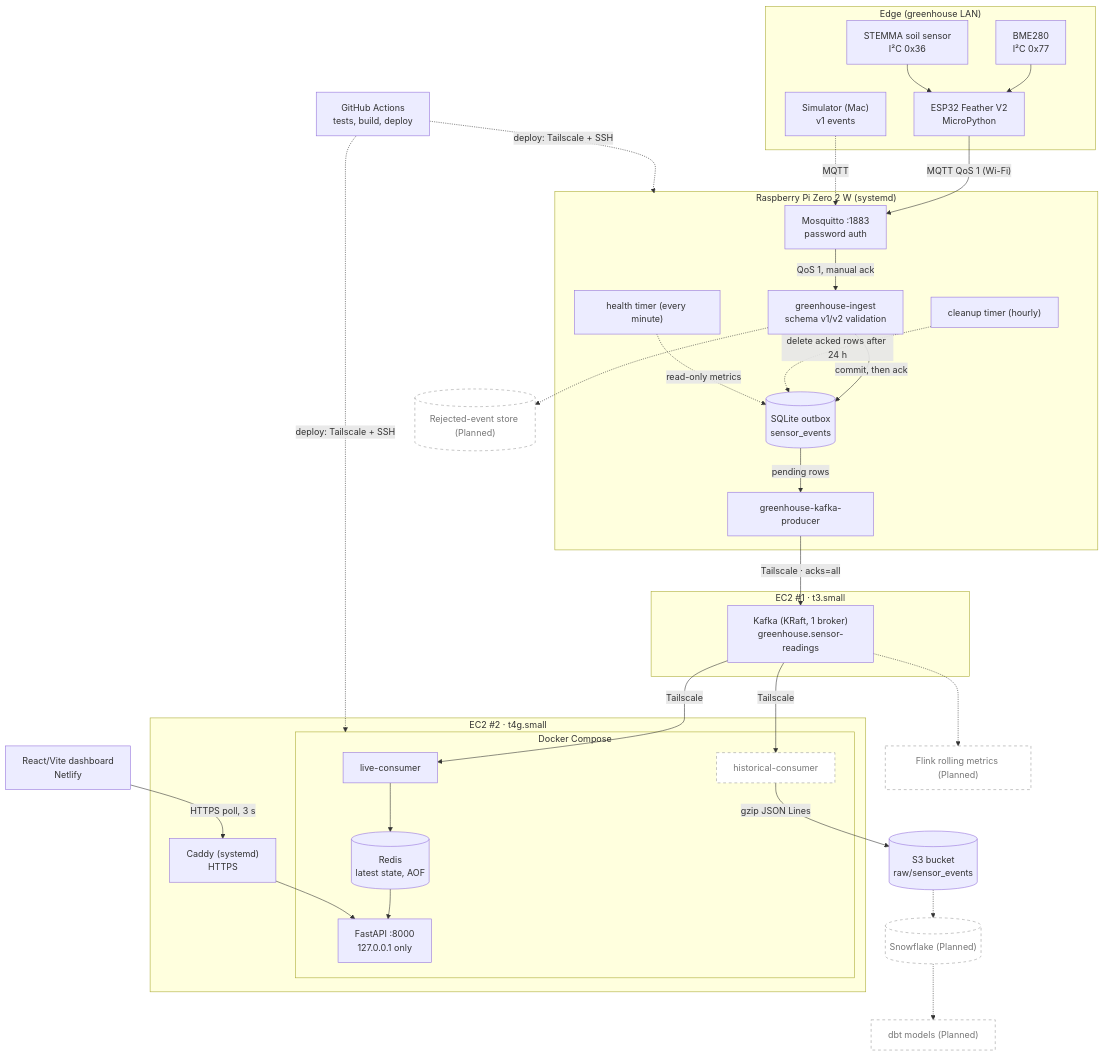
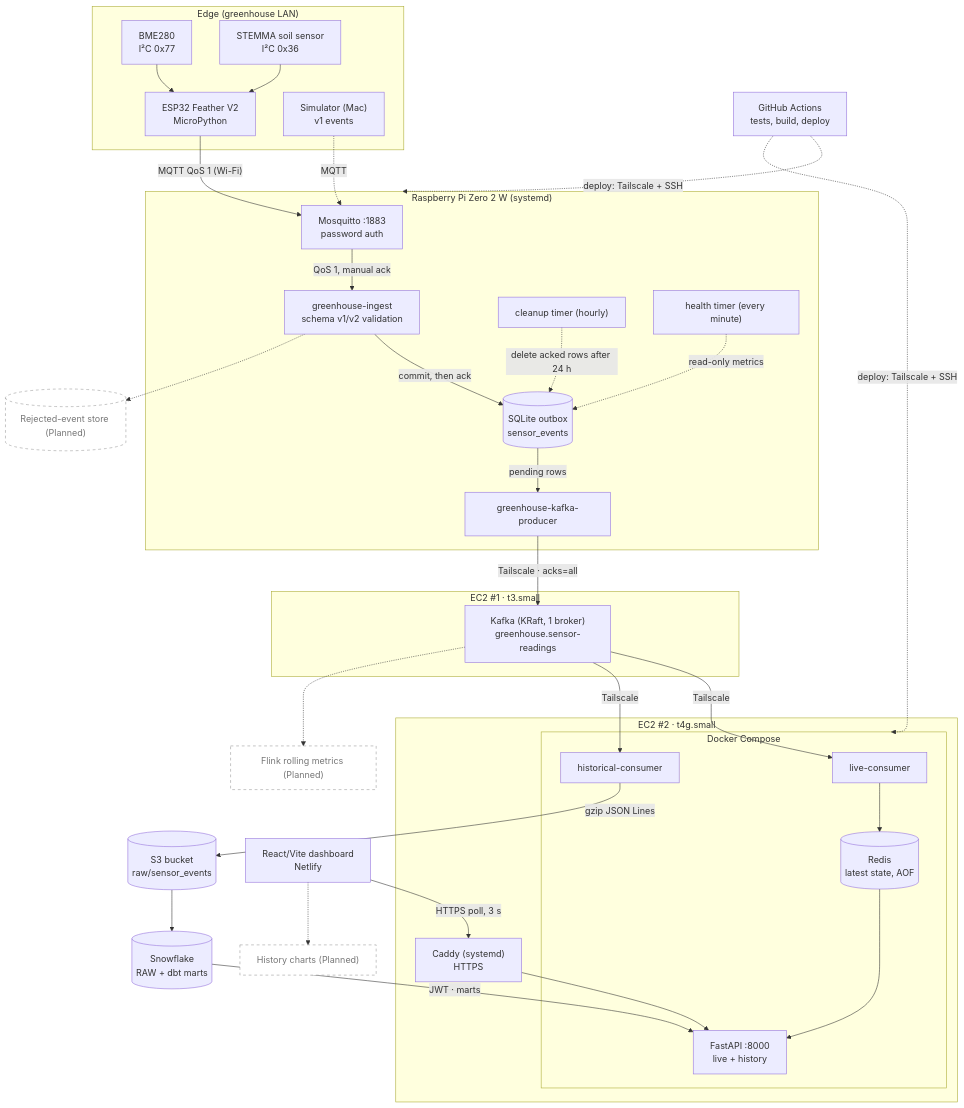
One commit to 0GregoryJ/greenhouse-iot-streaming-pipeline changed the diagram in docs/architecture.md. Above: the diagram before and after it, drawn with Mermaid. The commit also changed other lines of this file and 138 other files, not shown here.

Commit message:
Added snowflake dbt project, expanded FastAPI app to serve historical analytics, updated docs.

````diff
--- a/docs/architecture.md
+++ b/docs/architecture.md
@@ -9,60 +9,62 @@
 ```mermaid
 flowchart TB
   subgraph edge["Edge (greenhouse LAN)"]
     bme["BME280<br/>I²C 0x77"] --> esp["ESP32 Feather V2<br/>MicroPython"]
     soil["STEMMA soil sensor<br/>I²C 0x36"] --> esp
     sim["Simulator (Mac)<br/>v1 events"]
   end
 
   subgraph pi["Raspberry Pi Zero 2 W (systemd)"]
     mqtt["Mosquitto :1883<br/>password auth"]
     ingest["greenhouse-ingest<br/>schema v1/v2 validation"]
     sqlite[("SQLite outbox<br/>sensor_events")]
     prod["greenhouse-kafka-producer"]
     clean["cleanup timer (hourly)"]
     health["health timer (every minute)"]
     mqtt -->|"QoS 1, manual ack"| ingest
     ingest -->|"commit, then ack"| sqlite
     sqlite -->|"pending rows"| prod
     clean -.->|"delete acked rows after 24 h"| sqlite
     health -.->|"read-only metrics"| sqlite
   end
 
   subgraph ec2a["EC2 #1 · t3.small"]
     kafka["Kafka (KRaft, 1 broker)<br/>greenhouse.sensor-readings"]
   end
 
   subgraph ec2b["EC2 #2 · t4g.small"]
     subgraph compose["Docker Compose"]
       consumer["live-consumer"]
-      hist["historical-consumer"]
+      histcons["historical-consumer"]
       redis[("Redis<br/>latest state, AOF")]
-      api["FastAPI :8000<br/>127.0.0.1 only"]
+      api["FastAPI :8000<br/>live + history"]
     end
     caddy["Caddy (systemd)<br/>HTTPS"]
     consumer --> redis
     redis --> api
     caddy --> api
   end
 
+  snow[("Snowflake<br/>RAW + dbt marts")]
   dash["React/Vite dashboard<br/>Netlify"]
   gha["GitHub Actions<br/>tests, build, deploy"]
 
   esp -->|"MQTT QoS 1 (Wi-Fi)"| mqtt
   sim -.->|"MQTT"| mqtt
   prod -->|"Tailscale · acks=all"| kafka
   kafka -->|"Tailscale"| consumer
-  kafka -->|"Tailscale"| hist
-  hist -->|"gzip JSON Lines"| s3[("S3 bucket<br/>raw/sensor_events")]
+  kafka -->|"Tailscale"| histcons
+  histcons -->|"gzip JSON Lines"| s3[("S3 bucket<br/>raw/sensor_events")]
+  s3 --> snow
+  snow -->|"JWT · marts"| api
   dash -->|"HTTPS poll, 3 s"| caddy
   gha -.->|"deploy: Tailscale + SSH"| pi
   gha -.->|"deploy: Tailscale + SSH"| compose
 
   kafka -.-> flink["Flink rolling metrics (Planned)"]
-  s3 -.-> snow[("Snowflake (Planned)")]
-  snow -.-> dbt["dbt models (Planned)"]
   ingest -.-> dlq[("Rejected-event store (Planned)")]
+  dash -.-> charts["History charts (Planned)"]
 
   classDef planned fill:#fff,stroke:#999,stroke-dasharray:5 5,color:#777;
-  class flink,hist,snow,dbt,dlq planned;
+  class flink,dlq,charts planned;
 ```
````
